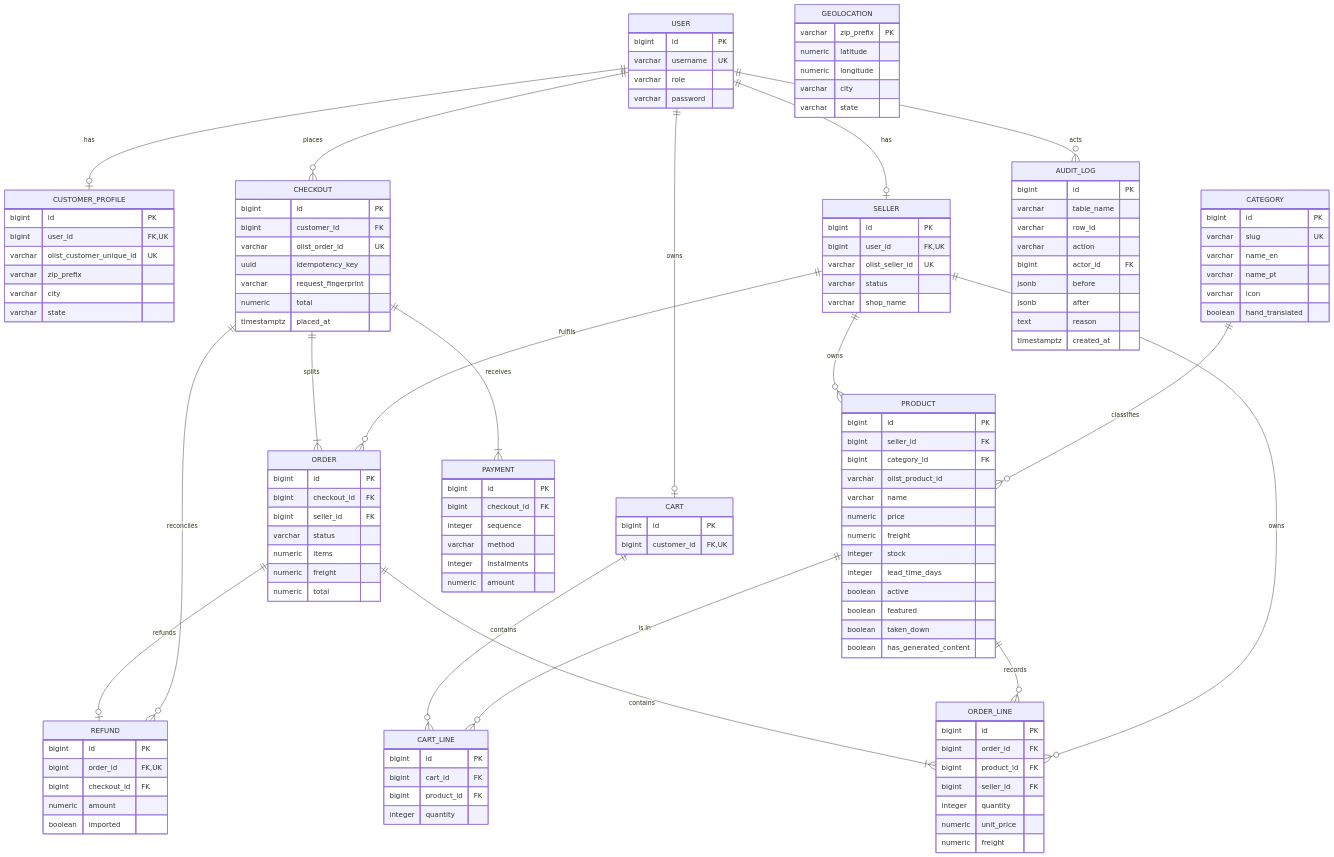
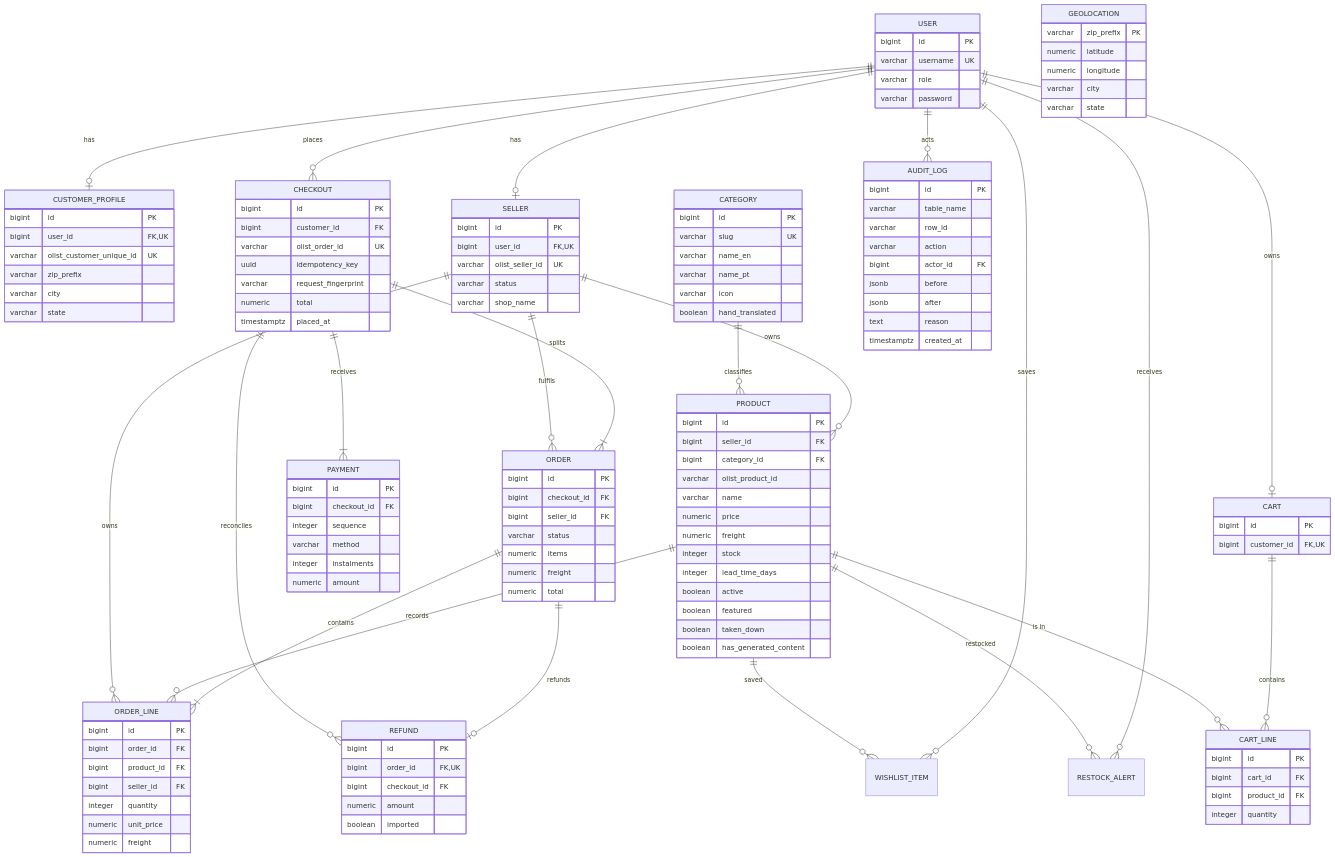
One commit to ZadeNova/INF2003_Database_Project changed the diagram in docs/DATA_MODEL.md. Above: the diagram before and after it, drawn with Mermaid. The commit also changed other lines of this file and 27 other files, not shown here.

Commit message:
feat: add wishlist and trigger-driven restock alerts

```diff
--- a/docs/DATA_MODEL.md
+++ b/docs/DATA_MODEL.md
@@ -29,6 +29,10 @@
     ORDER ||--o| REFUND : refunds
     CHECKOUT ||--o{ REFUND : reconciles
     USER ||--o{ AUDIT_LOG : acts
+    USER ||--o{ WISHLIST_ITEM : saves
+    PRODUCT ||--o{ WISHLIST_ITEM : saved
+    USER ||--o{ RESTOCK_ALERT : receives
+    PRODUCT ||--o{ RESTOCK_ALERT : restocked
     USER ||--o| CART : owns
     CART ||--o{ CART_LINE : contains
     PRODUCT ||--o{ CART_LINE : "is in"
```
